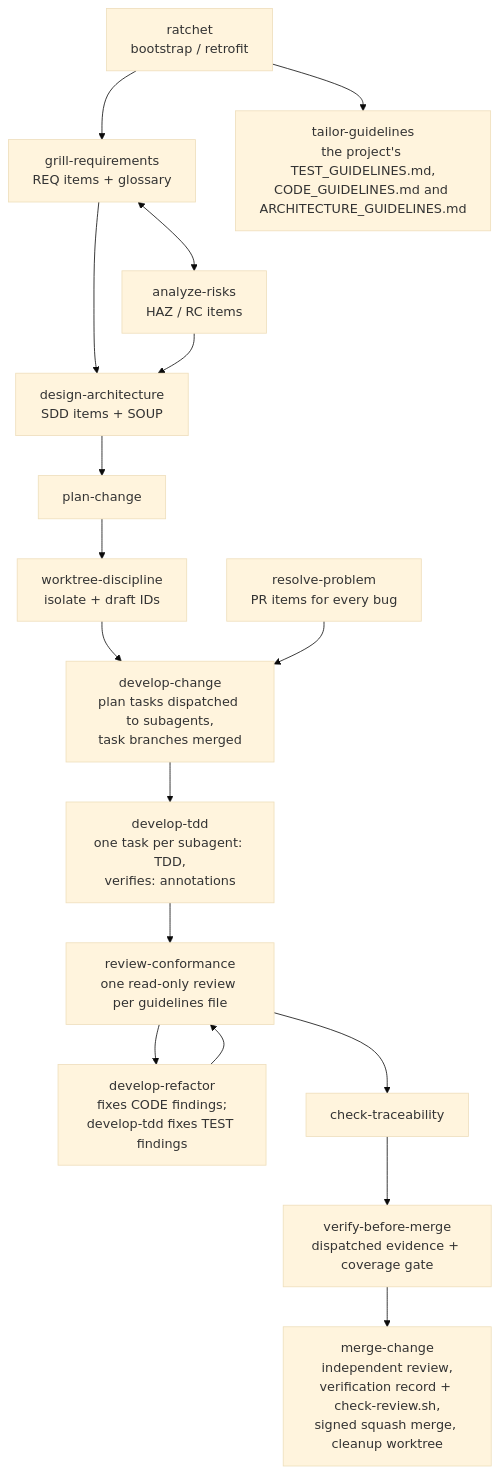
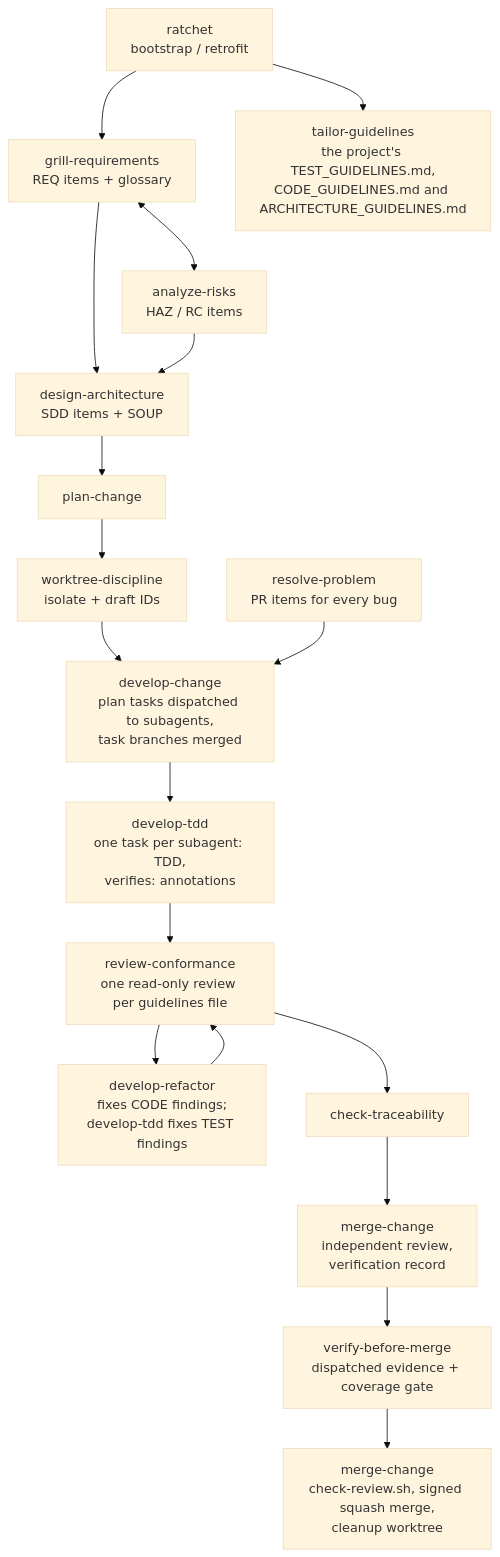
Before and after one commit to Jan-Jan/guardrails: the diagram in README.md, drawn with Mermaid (base theme). The commit also changed other lines of this file and 37 other files, not shown here.

````diff
--- a/README.md
+++ b/README.md
@@ -42,19 +42,20 @@
 ```mermaid
 flowchart TD
     R[ratchet<br/>bootstrap / retrofit] --> G[grill-requirements<br/>REQ items + glossary]
     R --> TG[tailor-guidelines<br/>the project's TEST_GUIDELINES.md,<br/>CODE_GUIDELINES.md and ARCHITECTURE_GUIDELINES.md]
     G <--> A[analyze-risks<br/>HAZ / RC items]
     G --> D[design-architecture<br/>SDD items + SOUP]
     A --> D
     D --> P[plan-change]
     P --> W[worktree-discipline<br/>isolate + draft IDs]
     W --> DEV[develop-change<br/>plan tasks dispatched to subagents,<br/>task branches merged]
     B[resolve-problem<br/>PR items for every bug] --> DEV
     DEV --> TDD[develop-tdd<br/>one task per subagent: TDD,<br/>verifies: annotations]
     TDD --> RC[review-conformance<br/>one read-only review per guidelines file]
     RC --> RF[develop-refactor<br/>fixes CODE findings;<br/>develop-tdd fixes TEST findings]
     RF --> RC
     RC --> CT[check-traceability]
-    CT --> V[verify-before-merge<br/>dispatched evidence + coverage gate]
-    V --> M[merge-change<br/>independent review,<br/>verification record + check-review.sh,<br/>signed squash merge, cleanup worktree]
+    CT --> M[merge-change<br/>independent review,<br/>verification record]
+    M --> V[verify-before-merge<br/>dispatched evidence + coverage gate]
+    V --> S[merge-change<br/>check-review.sh, signed squash merge,<br/>cleanup worktree]
 ```
````
